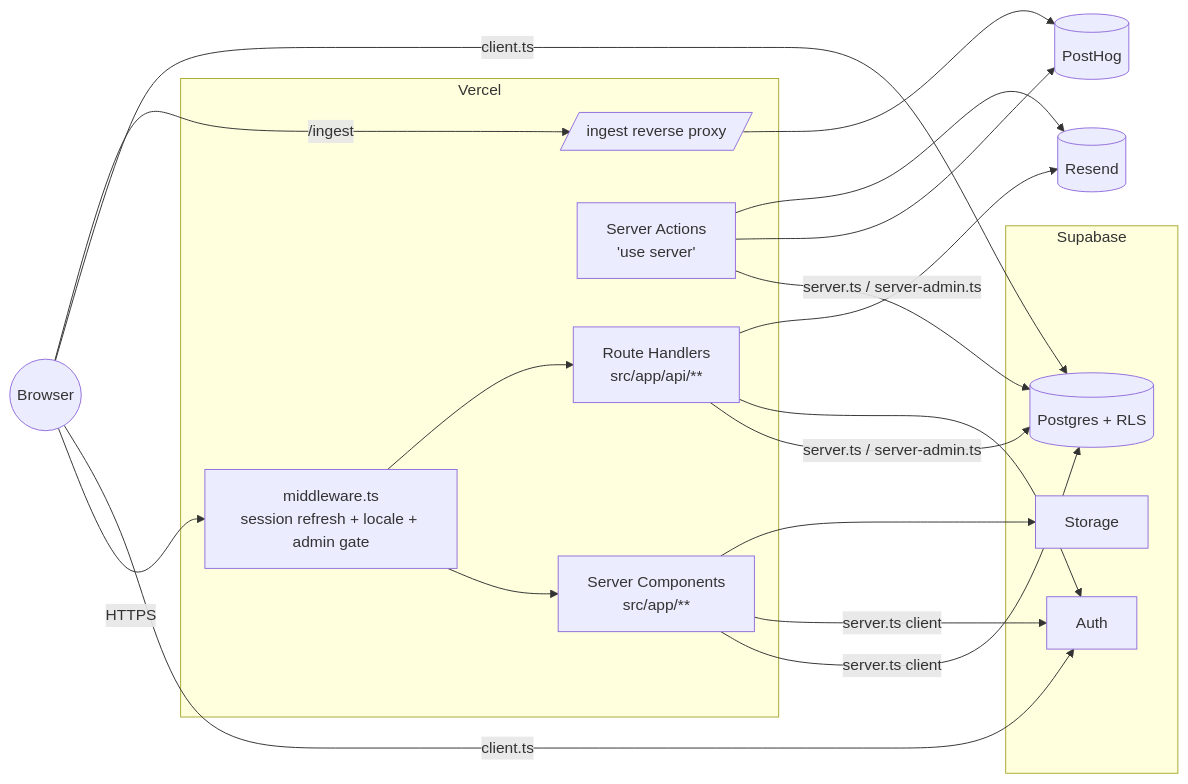
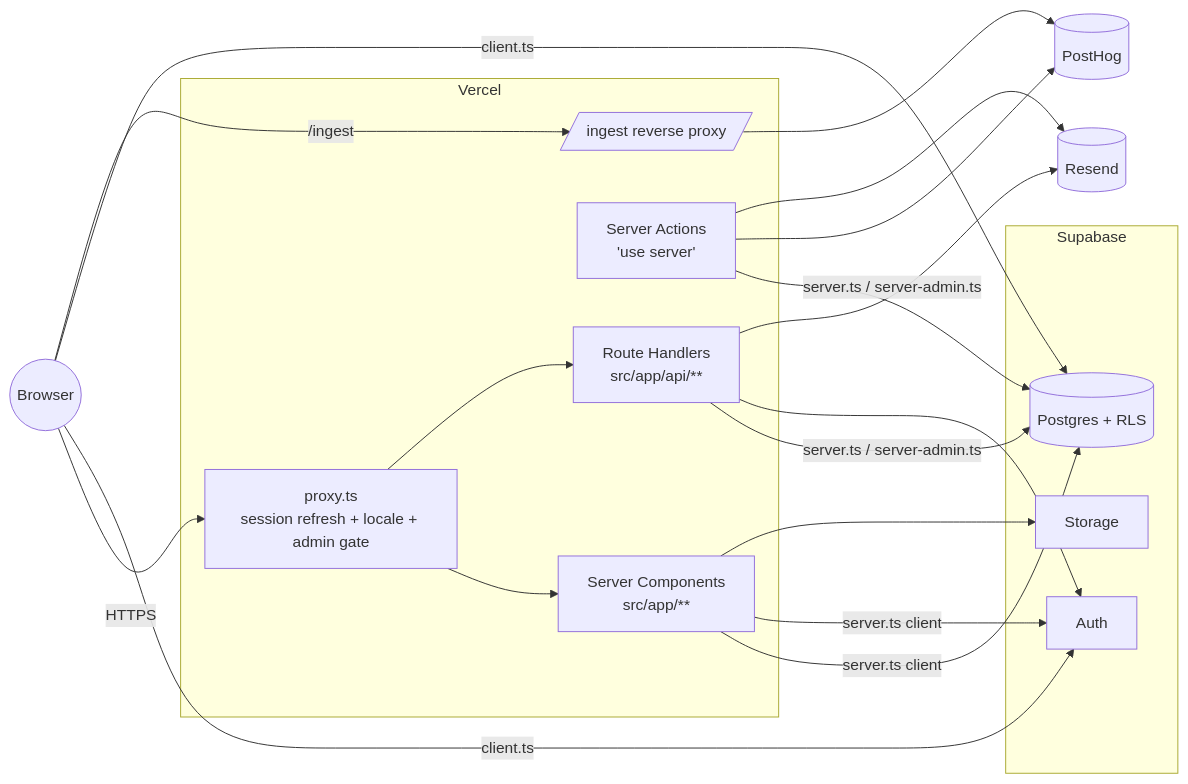
Before and after one commit to Jailsom-Nogueira/nextjs-bootstrap-template: the first of 2 diagrams in .docs/architecture.md, drawn with Mermaid. The commit also changed other lines of this file and 50 other files, not shown here.

````diff
--- a/.docs/architecture.md
+++ b/.docs/architecture.md
@@ -23,34 +23,34 @@
 ```mermaid
 flowchart LR
   Browser((Browser))
   subgraph Vercel
-    MW[middleware.ts<br/>session refresh + locale + admin gate]
+    PX[proxy.ts<br/>session refresh + locale + admin gate]
     SC[Server Components<br/>src/app/**]
     SA[Server Actions<br/>'use server']
     RH[Route Handlers<br/>src/app/api/**]
     Ingest[/ingest reverse proxy/]
   end
   subgraph Supabase
     DB[(Postgres + RLS)]
     Auth[Auth]
     Stor[Storage]
   end
   PH[(PostHog)]
   RS[(Resend)]
 
-  Browser -->|HTTPS| MW
-  MW --> SC
-  MW --> RH
+  Browser -->|HTTPS| PX
+  PX --> SC
+  PX --> RH
   SC -->|server.ts client| DB
   SC -->|server.ts client| Auth
   SA -->|server.ts / server-admin.ts| DB
   RH -->|server.ts / server-admin.ts| DB
   RH --> Auth
   SC --> Stor
   Browser -->|client.ts| Auth
   Browser -->|client.ts| DB
   Browser -->|/ingest| Ingest --> PH
   SA --> PH
   SA --> RS
   RH --> RS
 ```
````
